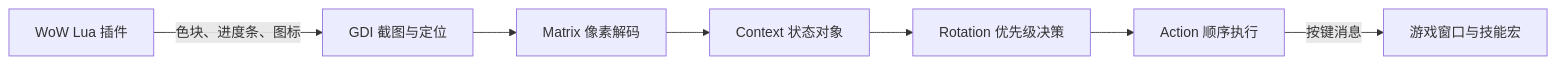
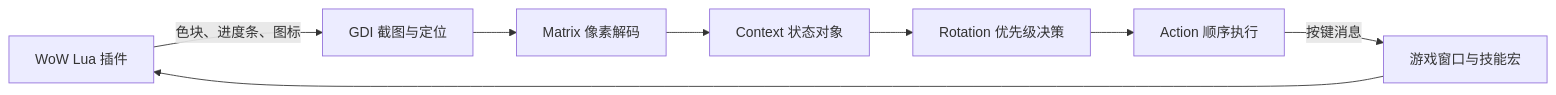
One commit to liantian-cn/PixRetribution changed the diagram in README.md. Above: the diagram before and after it, drawn with Mermaid. The commit also changed other lines of this file and 4 other files, not shown here.

````diff
--- a/README.md
+++ b/README.md
@@ -149,9 +166,10 @@
 ```mermaid
 flowchart LR
     A[WoW Lua 插件] -->|色块、进度条、图标| B[GDI 截图与定位]
     B --> C[Matrix 像素解码]
     C --> D[Context 状态对象]
     D --> E[Rotation 优先级决策]
     E --> F[Action 顺序执行]
     F -->|按键消息| G[游戏窗口与技能宏]
+    G --> A
 ```
````
